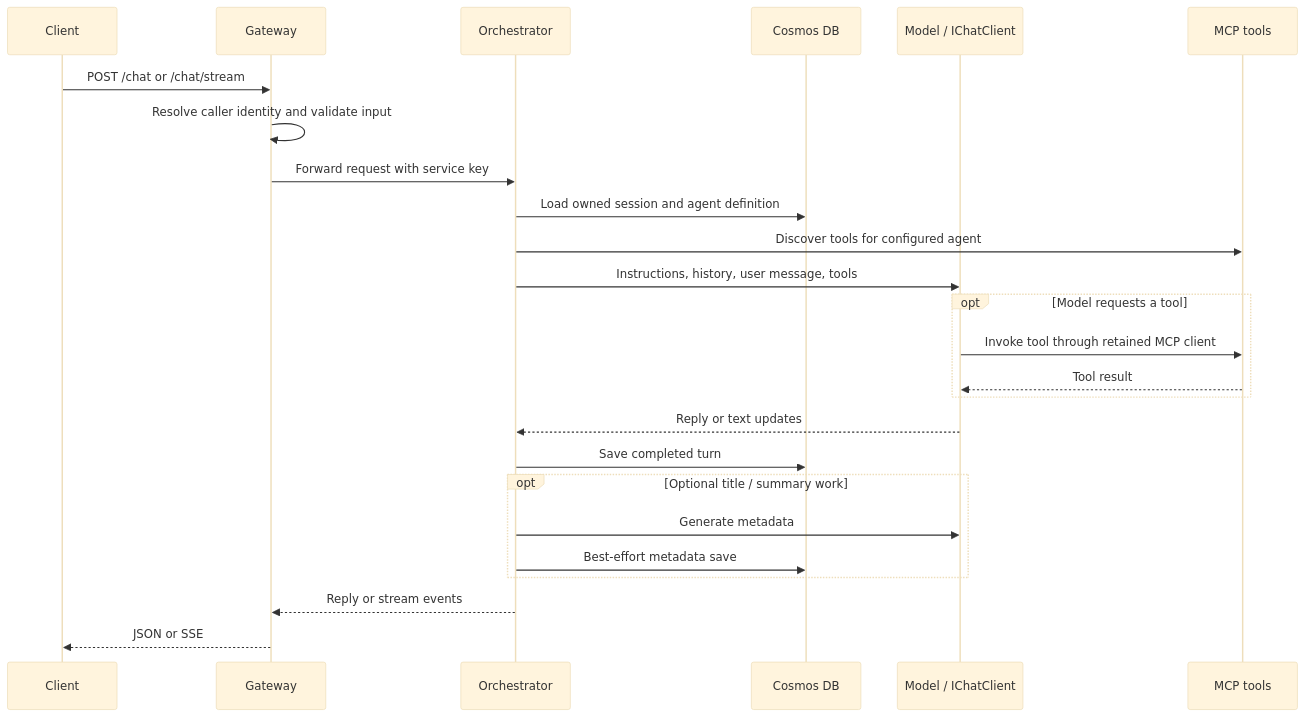
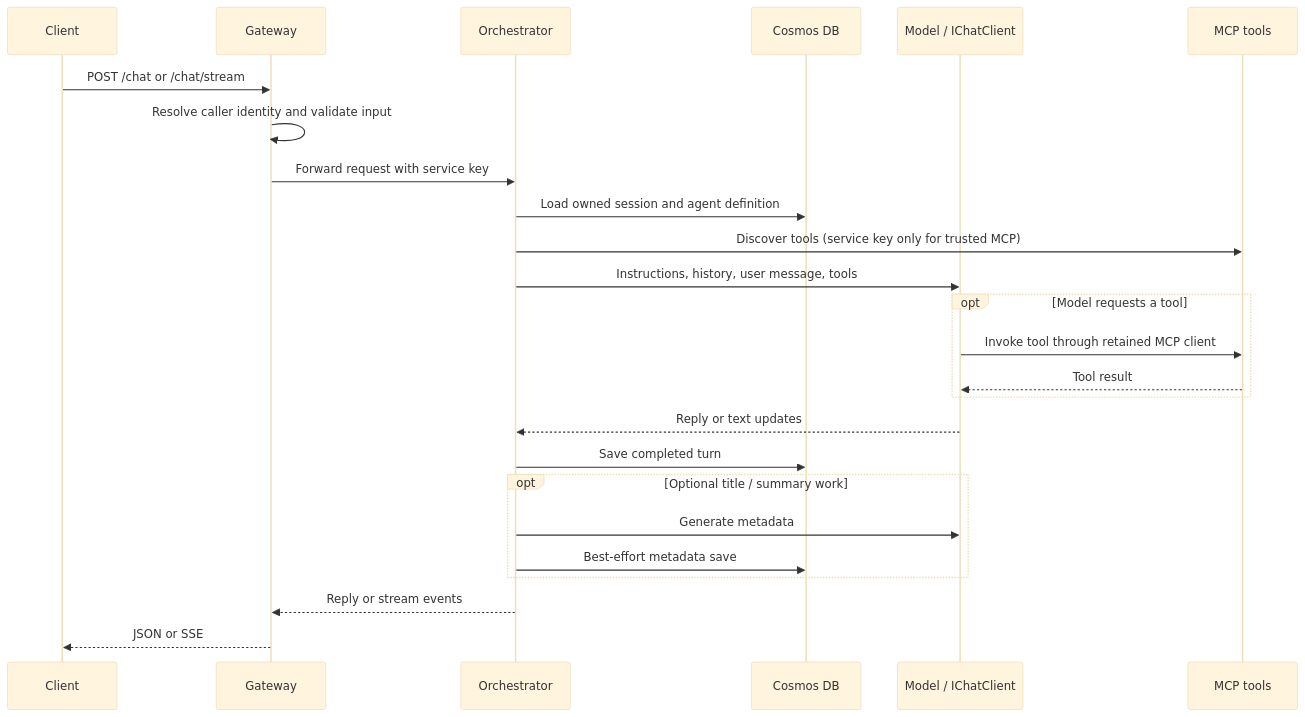
One commit to khuongpham1995/MyAIAgent changed the second of 3 diagrams in docs/architecture.md. Above: the diagram before and after it, drawn with Mermaid (base theme). The commit also changed other lines of this file and 38 other files, not shown here.

First line of the commit message:
feat(mcp): secure service access and simplify startup logs

````diff
--- a/docs/architecture.md
+++ b/docs/architecture.md
@@ -31,27 +31,27 @@
 ```mermaid
 sequenceDiagram
     participant C as Client
     participant G as Gateway
     participant O as Orchestrator
     participant DB as Cosmos DB
     participant M as Model / IChatClient
     participant T as MCP tools
     C->>G: POST /chat or /chat/stream
     G->>G: Resolve caller identity and validate input
     G->>O: Forward request with service key
     O->>DB: Load owned session and agent definition
-    O->>T: Discover tools for configured agent
+    O->>T: Discover tools (service key only for trusted MCP)
     O->>M: Instructions, history, user message, tools
     opt Model requests a tool
         M->>T: Invoke tool through retained MCP client
         T-->>M: Tool result
     end
     M-->>O: Reply or text updates
     O->>DB: Save completed turn
     opt Optional title / summary work
         O->>M: Generate metadata
         O->>DB: Best-effort metadata save
     end
     O-->>G: Reply or stream events
     G-->>C: JSON or SSE
 ```
````
